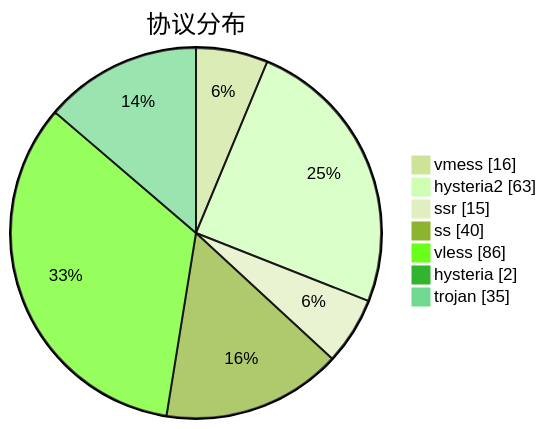
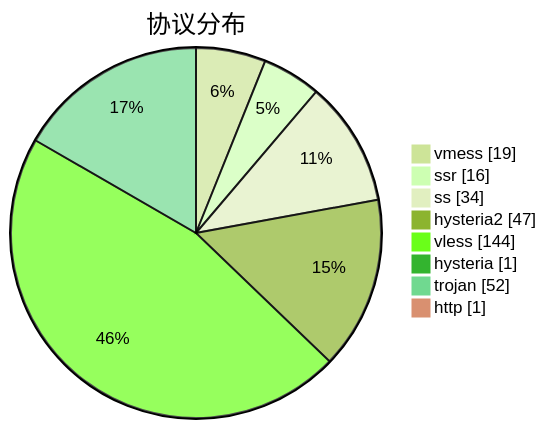
Before and after one commit to sinspired/airport: the third of 3 diagrams in subs/statistics/tested_within.md, drawn with Mermaid (forest theme). The commit also changed other lines of this file and 2 other files, not shown here.

````diff
--- a/subs/statistics/tested_within.md
+++ b/subs/statistics/tested_within.md
@@ -50,11 +48,12 @@
 ```mermaid
 pie showData
 title 协议分布
-"vmess" : 16
-"hysteria2" : 63
-"ssr" : 15
-"ss" : 40
-"vless" : 86
-"hysteria" : 2
-"trojan" : 35
+"vmess" : 19
+"ssr" : 16
+"ss" : 34
+"hysteria2" : 47
+"vless" : 144
+"hysteria" : 1
+"trojan" : 52
+"http" : 1
 ```
````
